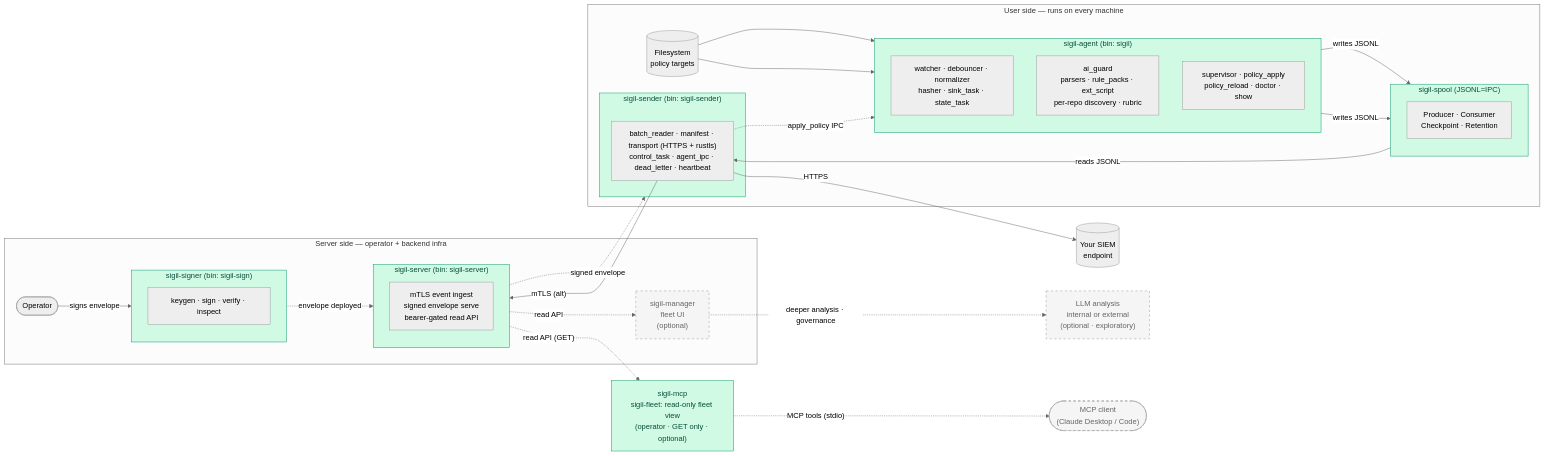
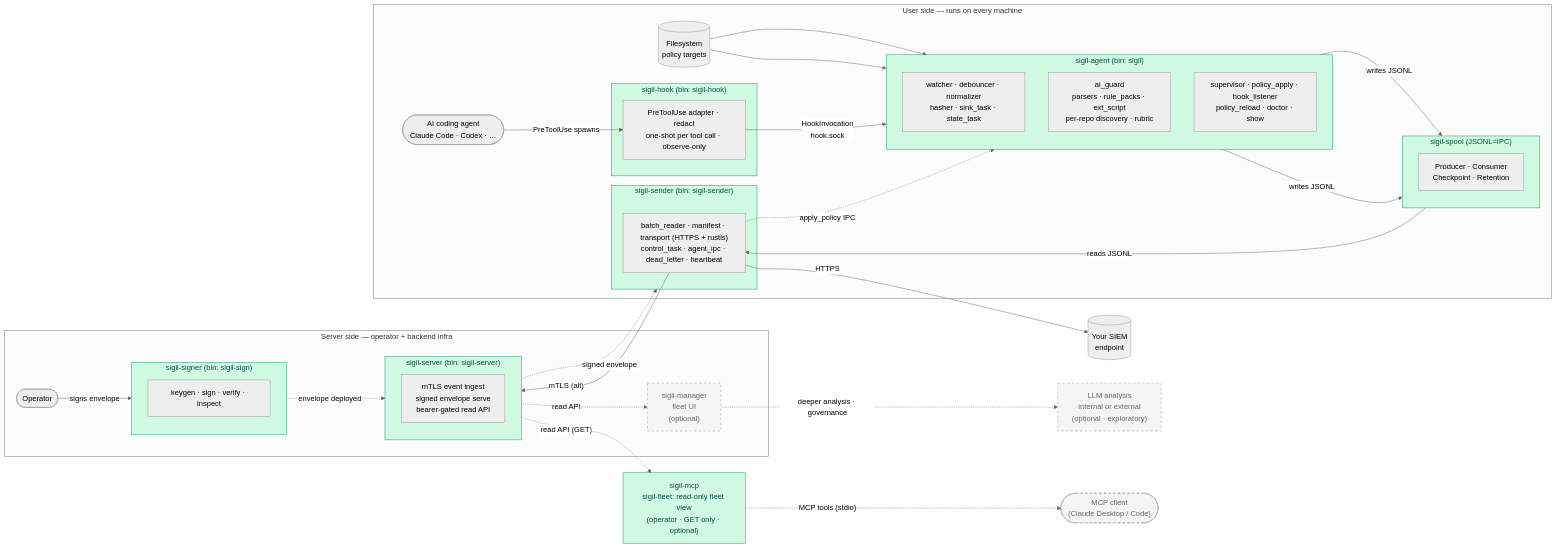
One commit to Ju571nK/sigil changed the diagram in README.md. Above: the diagram before and after it, drawn with Mermaid (neutral theme). The commit also changed other lines of this file, not shown here.

Commit message:
docs(readme): add sigil-hook (runtime hook) to architecture + diagram (#64) (#84)

````diff
--- a/README.md
+++ b/README.md
@@ -265,7 +278,7 @@
             direction TB
             a_pipe["watcher · debouncer · normalizer<br/>hasher · sink_task · state_task"]
             a_aiguard["ai_guard<br/>parsers · rule_packs · ext_script<br/>per-repo discovery · rubric"]
-            a_ctrl["supervisor · policy_apply<br/>policy_reload · doctor · show"]
+            a_ctrl["supervisor · policy_apply · hook_listener<br/>policy_reload · doctor · show"]
         end
 
         subgraph spool["sigil-spool (JSONL=IPC)"]
@@ -274,6 +287,11 @@
 
         subgraph sender["sigil-sender (bin: sigil-sender)"]
             s_pipe["batch_reader · manifest · transport (HTTPS + rustls)<br/>control_task · agent_ipc · dead_letter · heartbeat"]
+        end
+
+        aiagent(["AI coding agent<br/>Claude Code · Codex · …"])
+        subgraph hook["sigil-hook (bin: sigil-hook)"]
+            hookmods["PreToolUse adapter · redact<br/>one-shot per tool call · observe-only"]
         end
     end
 
@@ -308,6 +326,11 @@
     FS --> a_aiguard
     a_pipe -- "writes JSONL" --> spool
     a_aiguard -- "writes JSONL" --> spool
+
+    %% Runtime observe plane (#64) — the agent spawns sigil-hook per tool call;
+    %% it emits a redacted HookInvocation into the agent's sink over hook.sock.
+    aiagent -- "PreToolUse spawns" --> hookmods
+    hookmods -- "HookInvocation<br/>hook.sock" --> a_pipe
     spool -- "reads JSONL" --> s_pipe
     s_pipe -- "HTTPS" --> SIEM
     s_pipe -- "mTLS (alt)" --> server
@@ -333,4 +356,5 @@
     style signer fill:#d1fae5,stroke:#059669,color:#064e3b
     style server fill:#d1fae5,stroke:#059669,color:#064e3b
     style mcp    fill:#d1fae5,stroke:#059669,color:#064e3b
+    style hook   fill:#d1fae5,stroke:#059669,color:#064e3b
 ```
````
